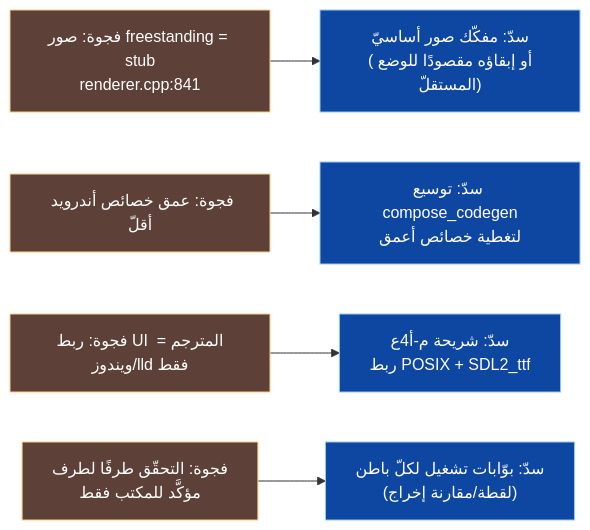
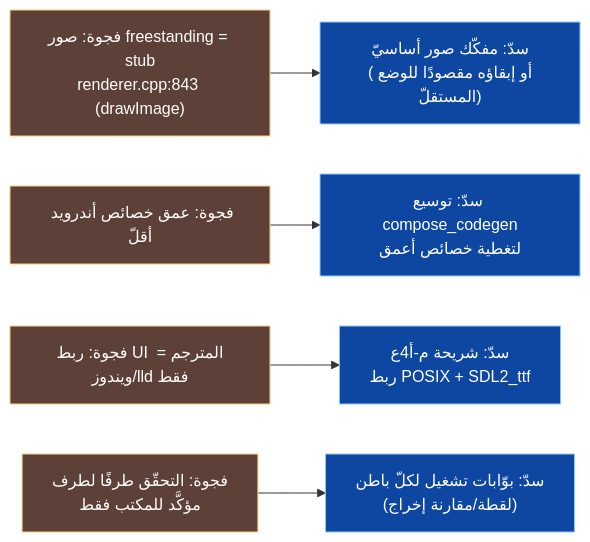
One commit to sadlang/sadlang-planning changed the fifth of 6 diagrams in projects/graphics-sadui/plan/تكافؤ-المنصّات.md. Above: the diagram before and after it, drawn with Mermaid. The commit also changed other lines of this file, not shown here.

First line of the commit message:
graphics-sadui: مراجعة Amelia لتكافؤ المنصّات — تطوير + 3 مخططات

````diff
--- a/projects/graphics-sadui/plan/تكافؤ-المنصّات.md
+++ b/projects/graphics-sadui/plan/تكافؤ-المنصّات.md
@@ -59,10 +129,10 @@
 ```mermaid
 flowchart LR
-    G1["فجوة: صور freestanding = stub\nrenderer.cpp:841"]:::gap --> P1["سدّ: مفكّك صور أساسيّ\n(أو إبقاؤه مقصودًا للوضع المستقلّ)"]:::plan
+    G1["فجوة: صور freestanding = stub\nrenderer.cpp:843 (drawImage)"]:::gap --> P1["سدّ: مفكّك صور أساسيّ\n(أو إبقاؤه مقصودًا للوضع المستقلّ)"]:::plan
     G2["فجوة: عمق خصائص أندرويد أقلّ"]:::gap --> P2["سدّ: توسيع compose_codegen\nلتغطية خصائص أعمق"]:::plan
     G3["فجوة: ربط UI المترجم = ويندوز/lld فقط"]:::gap --> P3["سدّ: شريحة م-أ4ع\nربط POSIX + SDL2_ttf"]:::plan
     G4["فجوة: التحقّق طرفًا لطرف\nمؤكَّد للمكتب فقط"]:::gap --> P4["سدّ: بوّابات تشغيل لكلّ باطن\n(لقطة/مقارنة إخراج)"]:::plan
 
     classDef gap fill:#5d4037,stroke:#ffcc80,color:#fff;
     classDef plan fill:#0d47a1,stroke:#90caf9,color:#fff;
 ```
````
